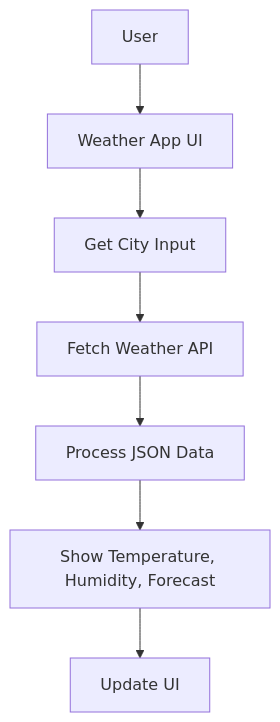
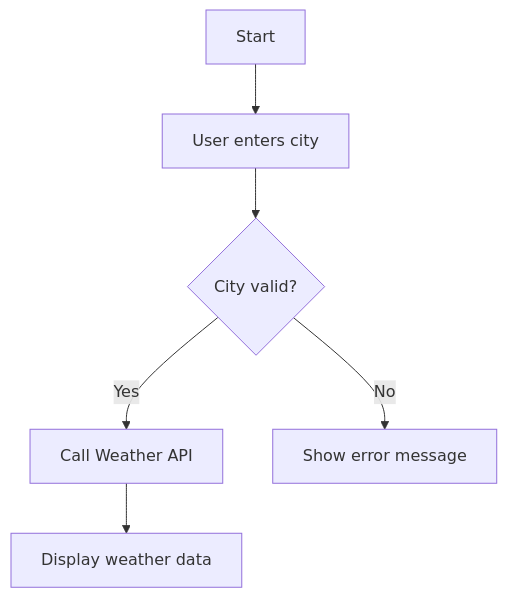
One commit to sameerullahk8-glitch/weather-app changed the diagram in architecture.md. Above: the diagram before and after it, drawn with Mermaid.

````diff
--- a/architecture.md
+++ b/architecture.md
@@ -1,9 +1,8 @@
 ```mermaid
 flowchart TD
-    A[User] --> B[Weather App UI]
-    B --> C[Get City Input]
-    C --> D[Fetch Weather API]
-    D --> E[Process JSON Data]
-    E --> F[Show Temperature, Humidity, Forecast]
-    F --> G[Update UI]
+    A[Start] --> B[User enters city]
+    B --> C{City valid?}
+    C -- Yes --> D[Call Weather API]
+    C -- No --> E[Show error message]
+    D --> F[Display weather data]
 ```
````
